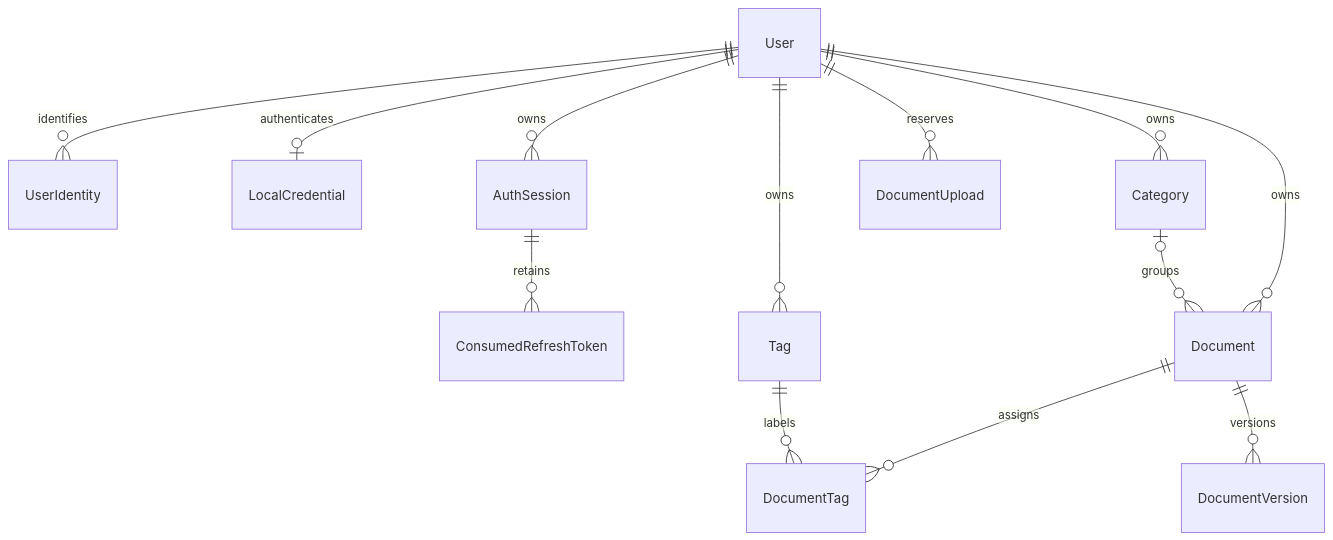
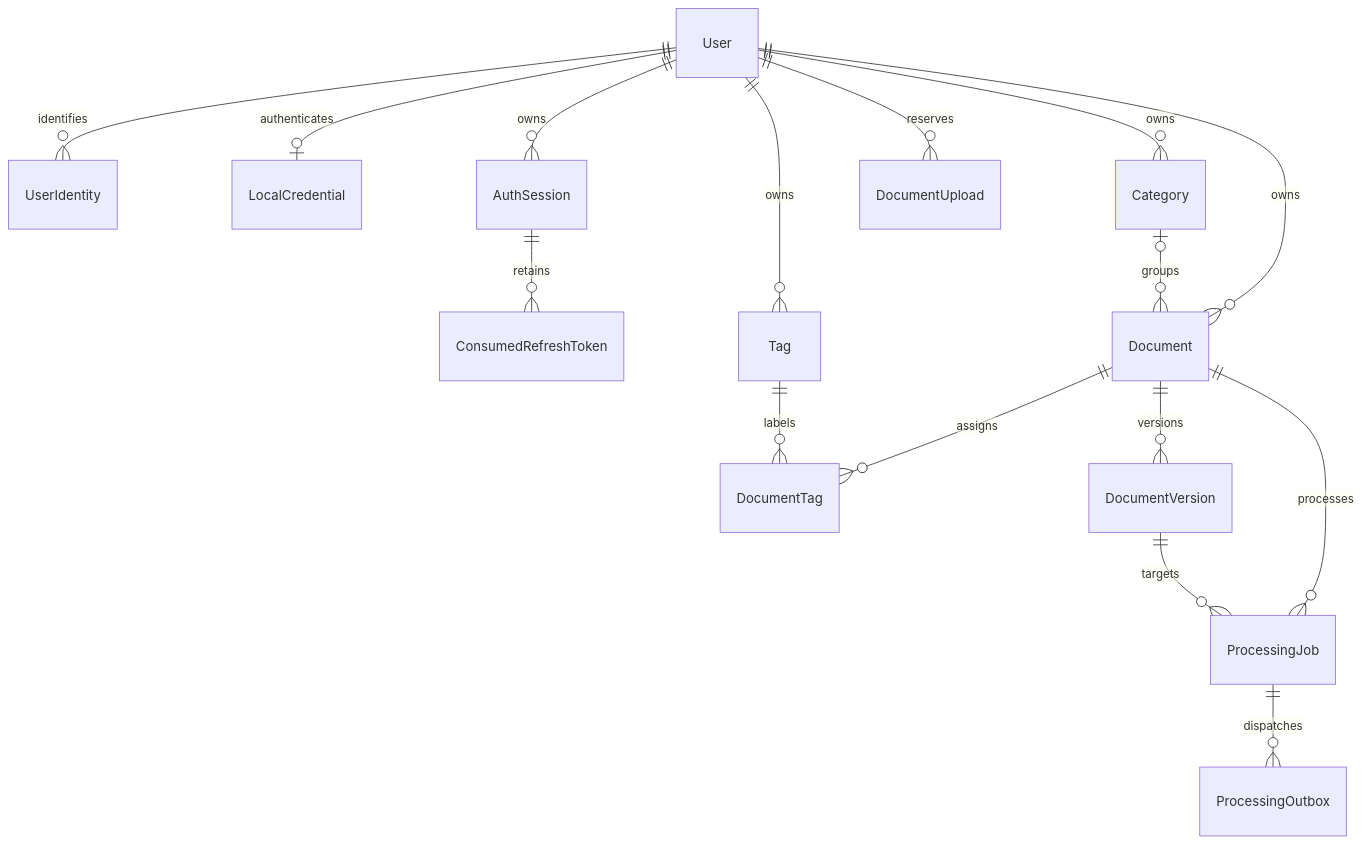
The diagram in docs/database.md (Eqooid/qyvra), drawn with Mermaid before and after one commit. The commit also changed other lines of this file and 105 other files, not shown here.

````diff
--- a/docs/database.md
+++ b/docs/database.md
@@ -13,15 +14,18 @@
 ```mermaid
 erDiagram
     User ||--o{ UserIdentity : identifies
     User ||--o| LocalCredential : authenticates
     User ||--o{ AuthSession : owns
     AuthSession ||--o{ ConsumedRefreshToken : retains
     User ||--o{ Category : owns
     User ||--o{ Tag : owns
     User ||--o{ Document : owns
     User ||--o{ DocumentUpload : reserves
     Category o|--o{ Document : groups
     Document ||--o{ DocumentTag : assigns
     Tag ||--o{ DocumentTag : labels
     Document ||--o{ DocumentVersion : versions
+    Document ||--o{ ProcessingJob : processes
+    DocumentVersion ||--o{ ProcessingJob : targets
+    ProcessingJob ||--o{ ProcessingOutbox : dispatches
 ```
````
